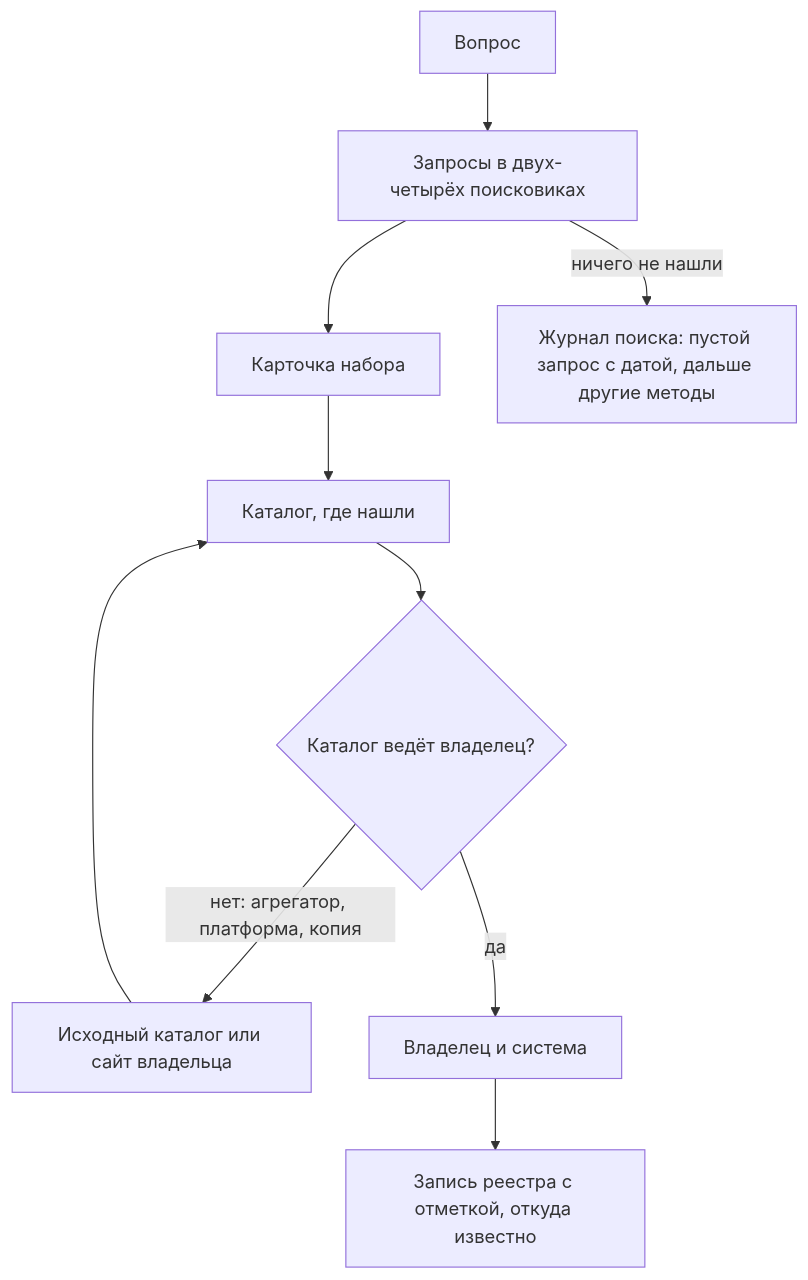
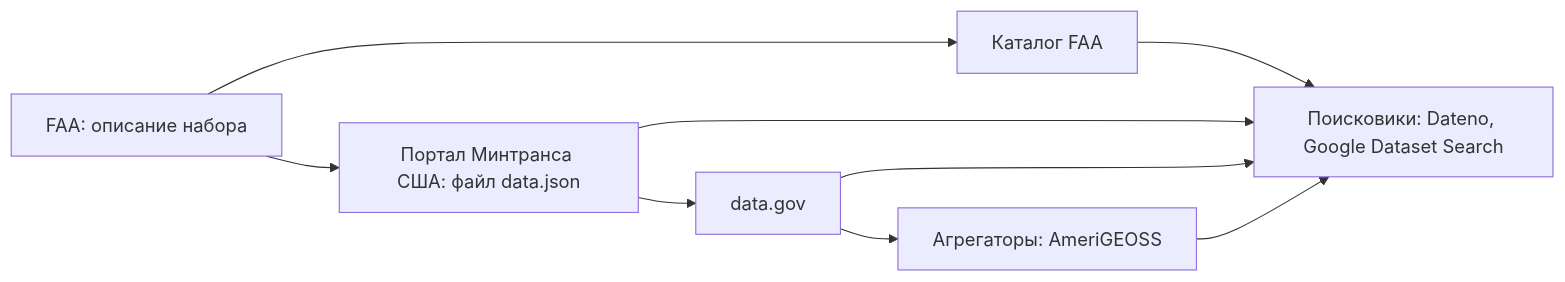
One commit to ivbeg/data-inventory changed the diagram in docs/04-sources/05-dataset-search.md. Above: the diagram before and after it, drawn with Mermaid. The commit also changed other lines of this file and 54 other files, not shown here.

````diff
--- a/docs/04-sources/05-dataset-search.md
+++ b/docs/04-sources/05-dataset-search.md
@@ -20,12 +31,11 @@
 ```mermaid
-flowchart TB
-  Q["Вопрос"] --> S["Запросы в двух-четырёх поисковиках"]
-  S --> K["Карточка набора"]
-  K --> C["Каталог, где нашли"]
-  C --> P{"Каталог ведёт владелец?"}
-  P -- "нет: агрегатор, платформа, копия" --> O["Исходный каталог или сайт владельца"]
-  O --> C
-  P -- "да" --> W["Владелец и система"]
-  W --> R["Запись реестра с отметкой, откуда известно"]
-  S -- "ничего не нашли" --> N["Журнал поиска: пустой запрос с датой, дальше другие методы"]
+flowchart LR
+  F["FAA: описание набора"] --> C["Каталог FAA"]
+  F --> D["Портал Минтранса США: файл data.json"]
+  D --> G["data.gov"]
+  G --> A["Агрегаторы: AmeriGEOSS"]
+  C --> S["Поисковики: Dateno, Google Dataset Search"]
+  D --> S
+  G --> S
+  A --> S
 ```
````
